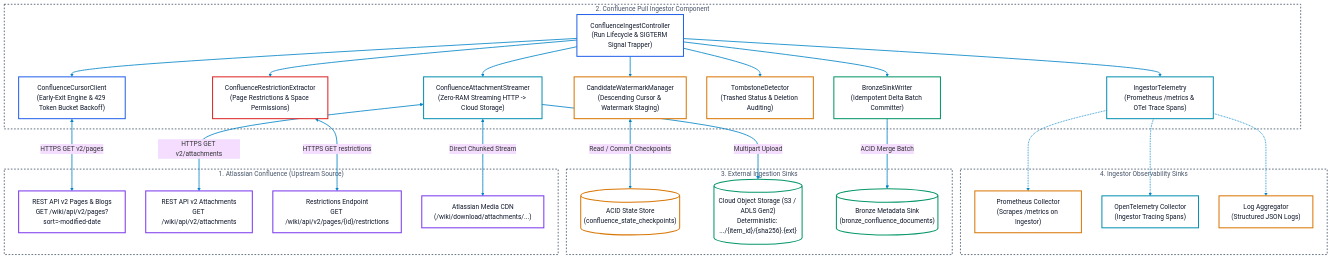
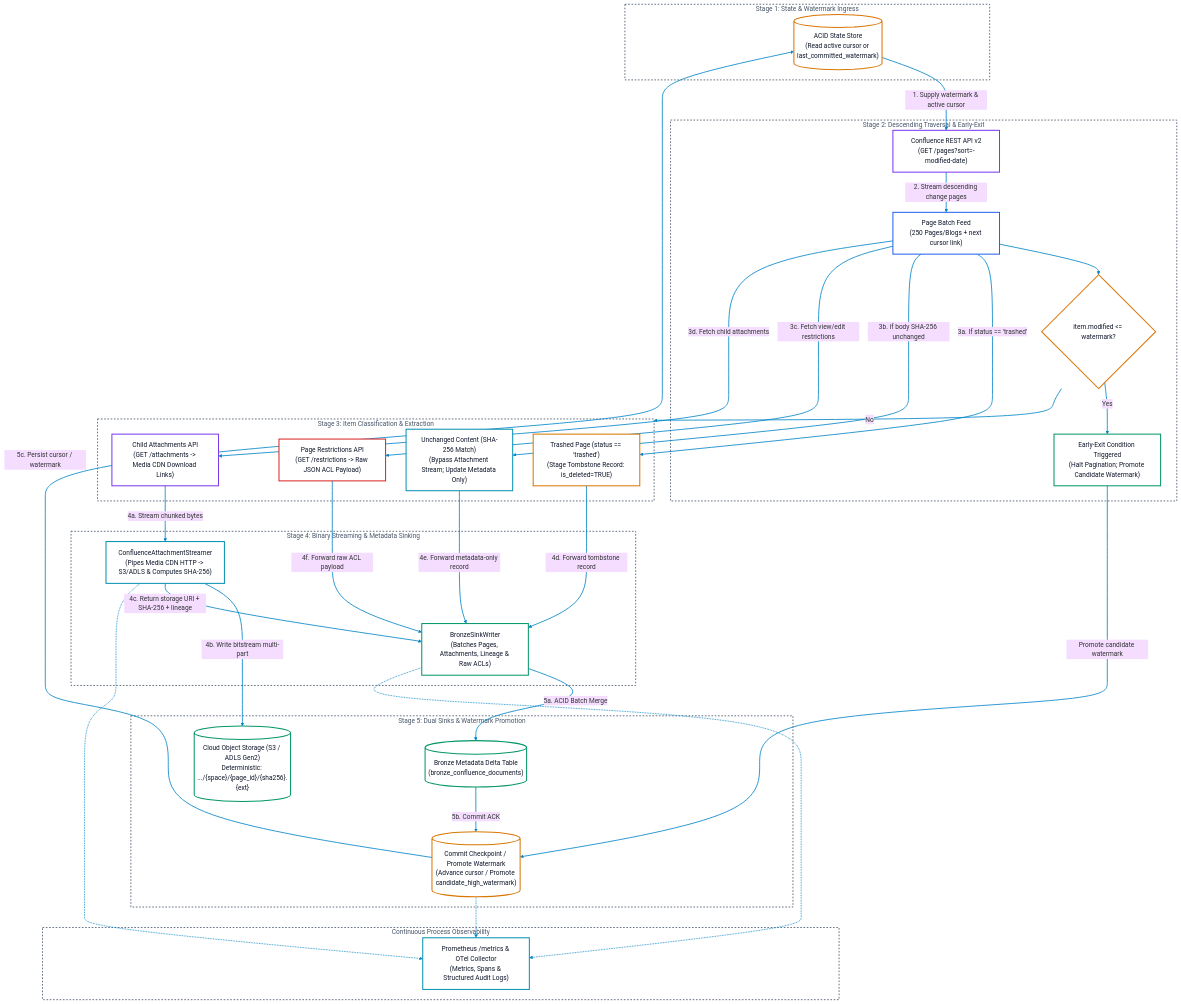
One commit to toanbui626391/document_ingestors changed the first of 2 diagrams in docs/architectures/confluence_pull_ingestor_architecture.md. Above: the diagram before and after it, drawn with Mermaid (base theme). The commit also changed 2 other files, not shown here.

````diff
--- a/docs/architectures/confluence_pull_ingestor_architecture.md
+++ b/docs/architectures/confluence_pull_ingestor_architecture.md
@@ -14,63 +14,75 @@
 ```mermaid
 flowchart TD
-    subgraph UpstreamAtlassian ["1. Atlassian Confluence (Upstream Source)"]
-        V2Pages["REST API v2 Pages & Blogs\nGET /wiki/api/v2/pages?sort=-modified-date"]:::purple
-        V2Attach["REST API v2 Attachments\nGET /wiki/api/v2/attachments"]:::purple
-        V2Perms["Restrictions Endpoint\nGET /wiki/api/v2/pages/{id}/restrictions"]:::purple
-        MediaCDN["Atlassian Media CDN\n(/wiki/download/attachments/...)"]:::purple
+    subgraph Stage1 ["Stage 1: State & Watermark Ingress"]
+        StateDB[("ACID State Store\n(Read active cursor or last_committed_watermark)")]:::amber
     end
 
-    subgraph ConfluenceIngestor ["2. Confluence Pull Ingestor Component"]
-        Controller["ConfluenceIngestController\n(Run Lifecycle & SIGTERM Signal Trapper)"]:::blue
-        CursorClient["ConfluenceCursorClient\n(Early-Exit Engine & 429 Token Bucket Backoff)"]:::blue
-        CandidateWmMgr["CandidateWatermarkManager\n(Descending Cursor & Watermark Staging)"]:::amber
-        AttachmentStreamer["ConfluenceAttachmentStreamer\n(Zero-RAM Streaming HTTP -> Cloud Storage)"]:::cyan
-        RestrictionParser["ConfluenceRestrictionExtractor\n(Page Restrictions & Space Permissions)"]:::red
-        TombstoneDetector["TombstoneDetector\n(Trashed Status & Deletion Auditing)"]:::amber
-        BronzeWriter["BronzeSinkWriter\n(Idempotent Delta Batch Committer)"]:::green
-        Telemetry["IngestorTelemetry\n(Prometheus /metrics & OTel Trace Spans)"]:::cyan
+    subgraph Stage2 ["Stage 2: Descending Traversal & Early-Exit"]
+        ConfluenceAPI["Confluence REST API v2\n(GET /pages?sort=-modified-date)"]:::purple
+        BatchFeed["Page Batch Feed\n(250 Pages/Blogs + next cursor link)"]:::blue
+        EarlyExitCheck{"item.modified <= watermark?"}:::amber
+        HaltTraversal["Early-Exit Condition Triggered\n(Halt Pagination; Promote Candidate Watermark)"]:::green
     end
 
-    subgraph IngestSinks ["3. External Ingestion Sinks"]
-        StateDB[("ACID State Store\n(confluence_state_checkpoints)")]:::amber
-        AttachmentStore[("Cloud Object Storage (S3 / ADLS Gen2)\nDeterministic: .../{item_id}/{sha256}.{ext}")]:::green
-        BronzeTable[("Bronze Metadata Sink\n(bronze_confluence_documents)")]:::green
+    subgraph Stage3 ["Stage 3: Item Classification & Extraction"]
+        TombstoneBranch["Trashed Page (status == 'trashed')\n(Stage Tombstone Record: is_deleted=TRUE)"]:::amber
+        UnchangedBranch["Unchanged Content (SHA-256 Match)\n(Bypass Attachment Stream; Update Metadata Only)"]:::cyan
+        RestrictionBranch["Page Restrictions API\n(GET /restrictions -> Raw JSON ACL Payload)"]:::red
+        AttachmentBranch["Child Attachments API\n(GET /attachments -> Media CDN Download Links)"]:::purple
     end
 
-    subgraph Observability ["4. Ingestor Observability Sinks"]
-        Prom["Prometheus Collector\n(Scrapes /metrics on Ingestor)"]:::amber
-        Otel["OpenTelemetry Collector\n(Ingestor Tracing Spans)"]:::cyan
-        Logs["Log Aggregator\n(Structured JSON Logs)"]:::amber
+    subgraph Stage4 ["Stage 4: Binary Streaming & Metadata Sinking"]
+        AttachmentStreamer["ConfluenceAttachmentStreamer\n(Pipes Media CDN HTTP -> S3/ADLS & Computes SHA-256)"]:::cyan
+        BronzeEngine["BronzeSinkWriter\n(Batches Pages, Attachments, Lineage & Raw ACLs)"]:::green
     end
 
-    %% Internal Subsystem Wiring
-    Controller --> CursorClient
-    Controller --> CandidateWmMgr
-    Controller --> AttachmentStreamer
-    Controller --> RestrictionParser
-    Controller --> TombstoneDetector
-    Controller --> BronzeWriter
-    Controller --> Telemetry
+    subgraph Stage5 ["Stage 5: Dual Sinks & Watermark Promotion"]
+        ObjectStore[("Cloud Object Storage (S3 / ADLS Gen2)\nDeterministic: .../{space}/{page_id}/{sha256}.{ext}")]:::green
+        BronzeTable[("Bronze Metadata Delta Table\n(bronze_confluence_documents)")]:::green
+        CommitState[("Commit Checkpoint / Promote Watermark\n(Advance cursor / Promote candidate_high_watermark)")]:::amber
+    end
 
-    %% Boundary Connections
-    CursorClient <-->|HTTPS GET v2/pages| V2Pages
-    RestrictionParser <-->|HTTPS GET restrictions| V2Perms
-    AttachmentStreamer <-->|HTTPS GET v2/attachments| V2Attach
-    AttachmentStreamer <-->|Direct Chunked Stream| MediaCDN
+    subgraph TelemetrySink ["Continuous Process Observability"]
+        MetricsExporter["Prometheus /metrics & OTel Collector\n(Metrics, Spans & Structured Audit Logs)"]:::cyan
+    end
 
-    CandidateWmMgr <-->|Read / Commit Checkpoints| StateDB
-    AttachmentStreamer -->|Multipart Upload| AttachmentStore
-    BronzeWriter -->|ACID Merge Batch| BronzeTable
+    %% Data Flow Transitions
+    StateDB -->|1. Supply watermark & active cursor| ConfluenceAPI
+    ConfluenceAPI -->|2. Stream descending change pages| BatchFeed
+    BatchFeed --> EarlyExitCheck
+    EarlyExitCheck -- "Yes" --> HaltTraversal
+    HaltTraversal -->|Promote candidate watermark| CommitState
+    EarlyExitCheck -- "No" --> Stage3
 
-    Telemetry -.-> Prom
-    Telemetry -.-> Otel
-    Telemetry -.-> Logs
+    BatchFeed -->|3a. If status == 'trashed'| TombstoneBranch
+    BatchFeed -->|3b. If body SHA-256 unchanged| UnchangedBranch
+    BatchFeed -->|3c. Fetch view/edit restrictions| RestrictionBranch
+    BatchFeed -->|3d. Fetch child attachments| AttachmentBranch
 
-    %% Subgraphs Style
-    style UpstreamAtlassian fill:none,stroke:#475569,stroke-width:2px,stroke-dasharray: 4 4,color:#475569
-    style ConfluenceIngestor fill:none,stroke:#475569,stroke-width:2px,stroke-dasharray: 4 4,color:#475569
-    style IngestSinks fill:none,stroke:#475569,stroke-width:2px,stroke-dasharray: 4 4,color:#475569
-    style Observability fill:none,stroke:#475569,stroke-width:2px,stroke-dasharray: 4 4,color:#475569
+    AttachmentBranch -->|4a. Stream chunked bytes| AttachmentStreamer
+    AttachmentStreamer -->|4b. Write bitstream multi-part| ObjectStore
+    AttachmentStreamer -->|4c. Return storage URI + SHA-256 + lineage| BronzeEngine
+
+    TombstoneBranch -->|4d. Forward tombstone record| BronzeEngine
+    UnchangedBranch -->|4e. Forward metadata-only record| BronzeEngine
+    RestrictionBranch -->|4f. Forward raw ACL payload| BronzeEngine
+
+    BronzeEngine -->|5a. ACID Batch Merge| BronzeTable
+    BronzeTable -->|5b. Commit ACK| CommitState
+    CommitState -->|5c. Persist cursor / watermark| StateDB
+
+    %% Telemetry Flow
+    AttachmentStreamer -.-> MetricsExporter
+    BronzeEngine -.-> MetricsExporter
+    CommitState -.-> MetricsExporter
+
+    %% Subgraphs Styling
+    style Stage1 fill:none,stroke:#475569,stroke-width:2px,stroke-dasharray: 4 4,color:#475569
+    style Stage2 fill:none,stroke:#475569,stroke-width:2px,stroke-dasharray: 4 4,color:#475569
+    style Stage3 fill:none,stroke:#475569,stroke-width:2px,stroke-dasharray: 4 4,color:#475569
+    style Stage4 fill:none,stroke:#475569,stroke-width:2px,stroke-dasharray: 4 4,color:#475569
+    style Stage5 fill:none,stroke:#475569,stroke-width:2px,stroke-dasharray: 4 4,color:#475569
+    style TelemetrySink fill:none,stroke:#475569,stroke-width:2px,stroke-dasharray: 4 4,color:#475569
 
     %% High-Visibility Link Arrows
     linkStyle default stroke:#0284c7,stroke-width:2px
````
